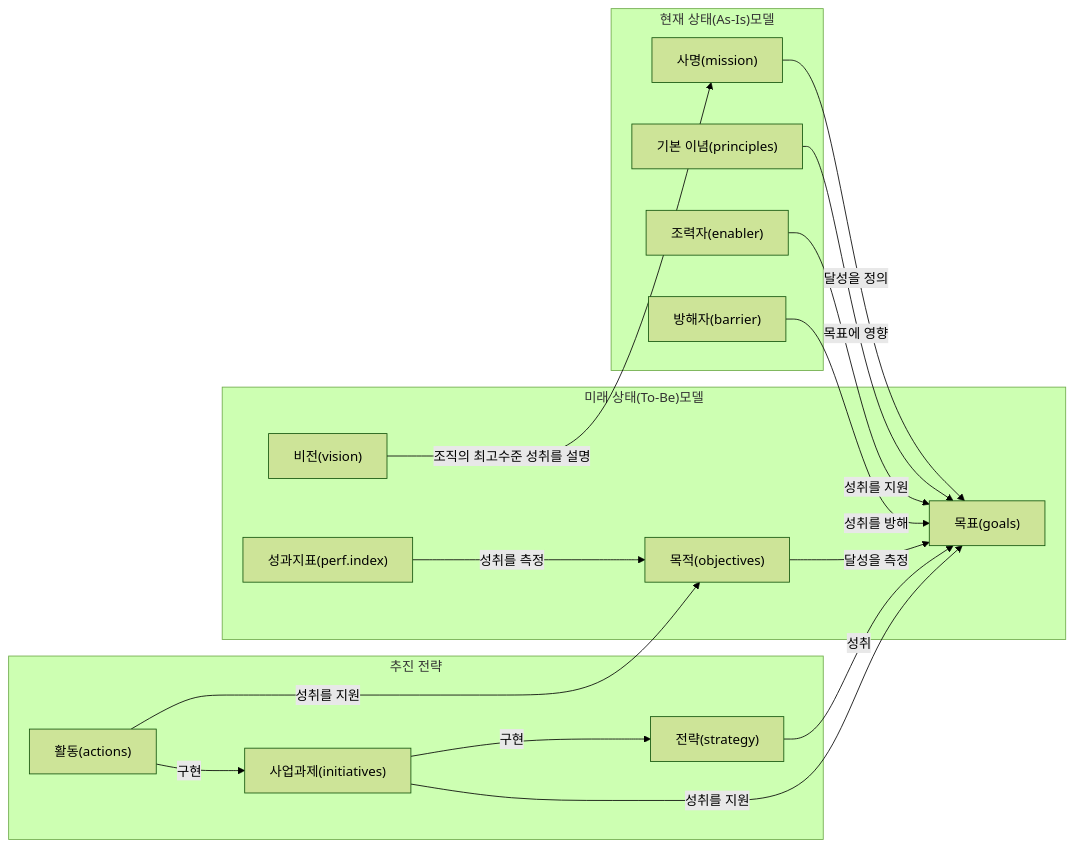
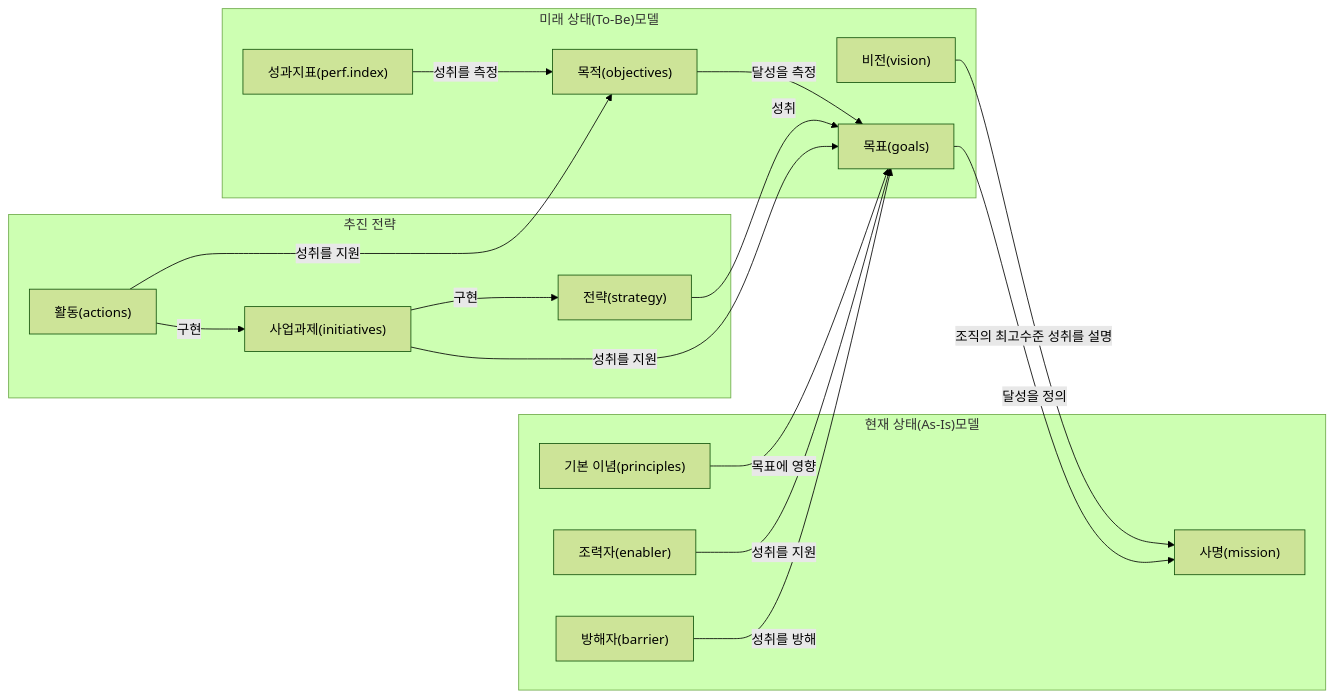
The diagram in output/markdown/pages/page-032.md (jhs512/topcit), drawn with Mermaid (forest theme) before and after one commit. The commit also changed other lines of this file and 127 other files, not shown here.

````diff
--- a/output/markdown/pages/page-032.md
+++ b/output/markdown/pages/page-032.md
@@ -17,32 +17,32 @@
 ```mermaid
 flowchart LR
  subgraph asis["현재 상태(As-Is)모델"]
  M["사명(mission)"]
  P["기본 이념(principles)"]
  E["조력자(enabler)"]
  B["방해자(barrier)"]
  end
  subgraph tobe["미래 상태(To-Be)모델"]
  V["비전(vision)"]
  G["목표(goals)"]
  O["목적(objectives)"]
  I["성과지표(perf.index)"]
  end
  subgraph strategy[추진 전략]
  S["전략(strategy)"]
  N["사업과제(initiatives)"]
  A["활동(actions)"]
  end
  V -->|조직의 최고수준 성취를 설명| M
- M -->|달성을 정의| G
+ G -->|달성을 정의| M
  P -->|목표에 영향| G
  E -->|성취를 지원| G
  B -->|성취를 방해| G
  O -->|달성을 측정| G
  I -->|성취를 측정| O
  S -->|성취| G
  N -->|성취를 지원| G
  A -->|성취를 지원| O
  N -->|구현| S
  A -->|구현| N
 ```
````
